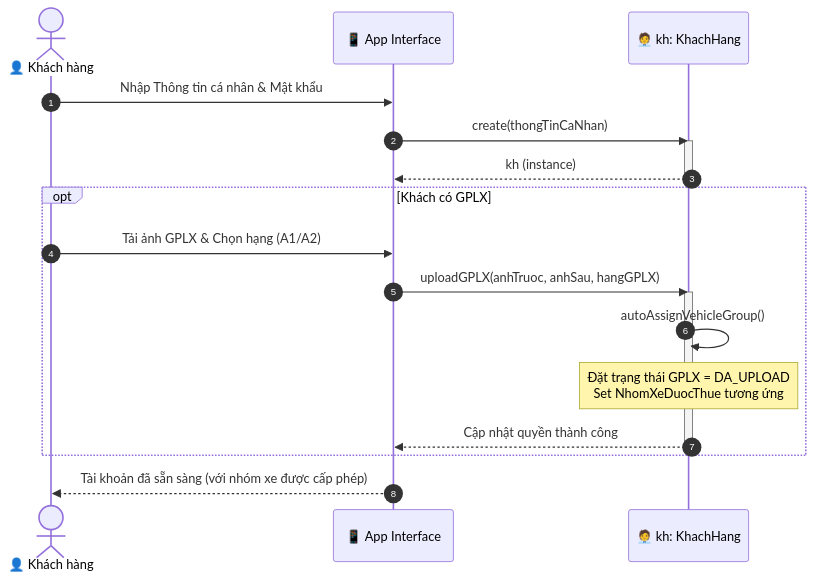
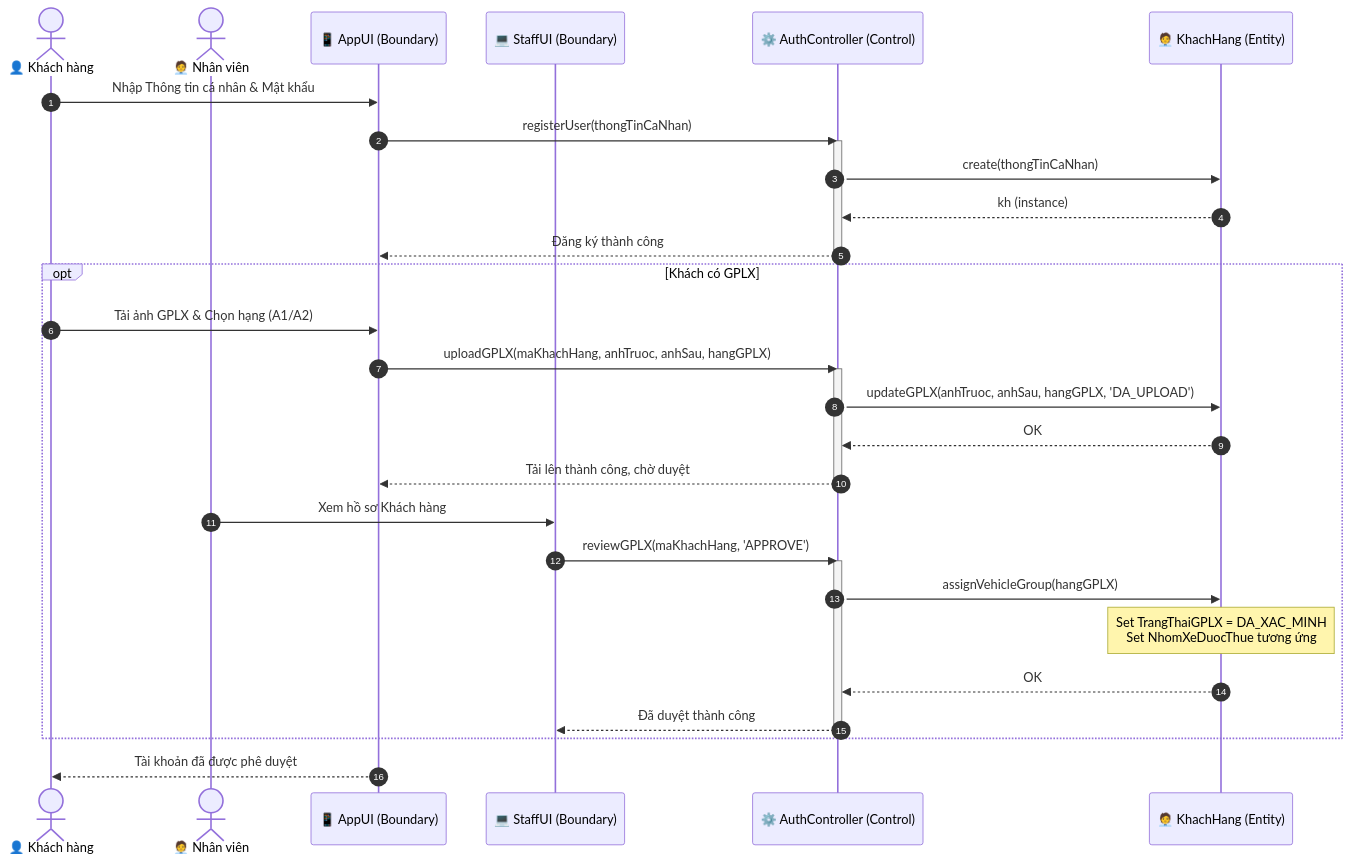
One commit to Vqd2k6/SAD-UTH changed the fifth of 6 diagrams in docs/sequence-diagrams.md. Above: the diagram before and after it, drawn with Mermaid. The commit also changed other lines of this file and 29 other files, not shown here.

````diff
--- a/docs/sequence-diagrams.md
+++ b/docs/sequence-diagrams.md
@@ -242,25 +271,40 @@
 ```mermaid
 sequenceDiagram
     autonumber
     actor Customer as 👤 Khách hàng
-    participant AppUI as 📱 App Interface
-    participant KH as 🧑‍💼 kh: KhachHang
+    actor Staff as 🧑‍💼 Nhân viên
+    participant AppUI as 📱 AppUI (Boundary)
+    participant StaffUI as 💻 StaffUI (Boundary)
+    participant AC as ⚙️ AuthController (Control)
+    participant KH as 🧑‍💼 KhachHang (Entity)
 
     Customer->>AppUI: Nhập Thông tin cá nhân & Mật khẩu
-    AppUI->>KH: create(thongTinCaNhan)
-    activate KH
-    KH-->>AppUI: kh (instance)
-    deactivate KH
+    AppUI->>AC: registerUser(thongTinCaNhan)
+    activate AC
+    AC->>KH: create(thongTinCaNhan)
+    KH-->>AC: kh (instance)
+    AC-->>AppUI: Đăng ký thành công
+    deactivate AC
 
     opt Khách có GPLX
         Customer->>AppUI: Tải ảnh GPLX & Chọn hạng (A1/A2)
-        AppUI->>KH: uploadGPLX(anhTruoc, anhSau, hangGPLX)
-        activate KH
-        KH->>KH: autoAssignVehicleGroup()
-        Note over KH: Đặt trạng thái GPLX = DA_UPLOAD<br/>Set NhomXeDuocThue tương ứng
-        KH-->>AppUI: Cập nhật quyền thành công
-        deactivate KH
+        AppUI->>AC: uploadGPLX(maKhachHang, anhTruoc, anhSau, hangGPLX)
+        activate AC
+        AC->>KH: updateGPLX(anhTruoc, anhSau, hangGPLX, 'DA_UPLOAD')
+        KH-->>AC: OK
+        AC-->>AppUI: Tải lên thành công, chờ duyệt
+        deactivate AC
+
+        %% Nhân viên duyệt GPLX
+        Staff->>StaffUI: Xem hồ sơ Khách hàng
+        StaffUI->>AC: reviewGPLX(maKhachHang, 'APPROVE')
+        activate AC
+        AC->>KH: assignVehicleGroup(hangGPLX)
+        Note over KH: Set TrangThaiGPLX = DA_XAC_MINH<br/>Set NhomXeDuocThue tương ứng
+        KH-->>AC: OK
+        AC-->>StaffUI: Đã duyệt thành công
+        deactivate AC
     end
 
-    AppUI-->>Customer: Tài khoản đã sẵn sàng (với nhóm xe được cấp phép)
+    AppUI-->>Customer: Tài khoản đã được phê duyệt
 ```
````
